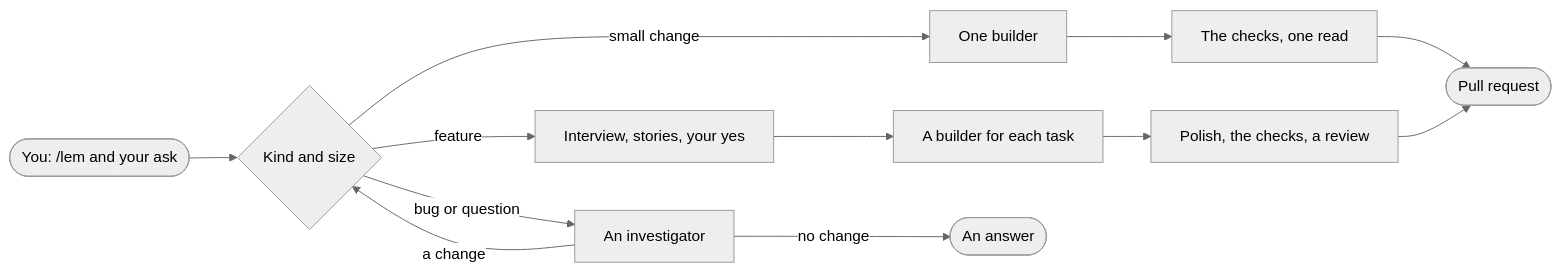
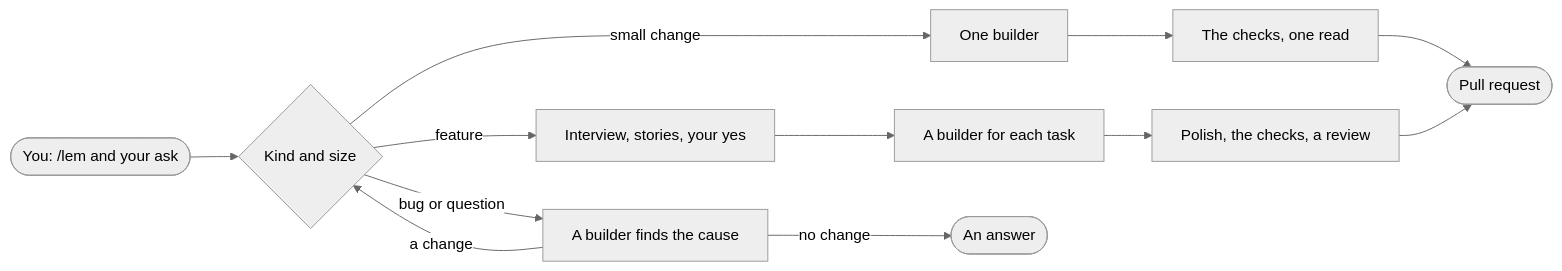
One commit to pySilver/lem changed the diagram in README.md. Above: the diagram before and after it, drawn with Mermaid (neutral theme). The commit also changed other lines of this file, not shown here.

````diff
--- a/README.md
+++ b/README.md
@@ -52,10 +52,10 @@
 ```mermaid
 flowchart LR
     ask([You: /lem and your ask]) --> size{Kind and size}
     size -- small change --> one[One builder] --> read[The checks, one read]
     size -- feature --> you[Interview, stories, your yes] --> build[A builder for each task] --> full[Polish, the checks, a review]
-    size -- bug or question --> inv[An investigator] -- a change --> size
+    size -- bug or question --> inv[A builder finds the cause] -- a change --> size
     inv -- no change --> ans([An answer])
     read --> pr([Pull request])
     full --> pr
 ```
````
